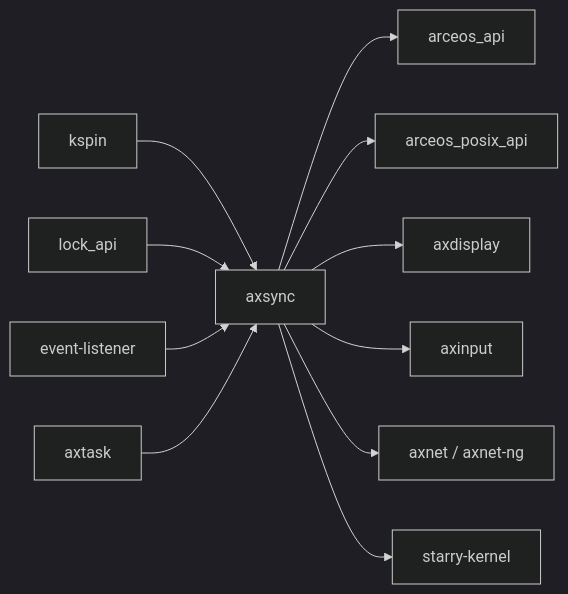
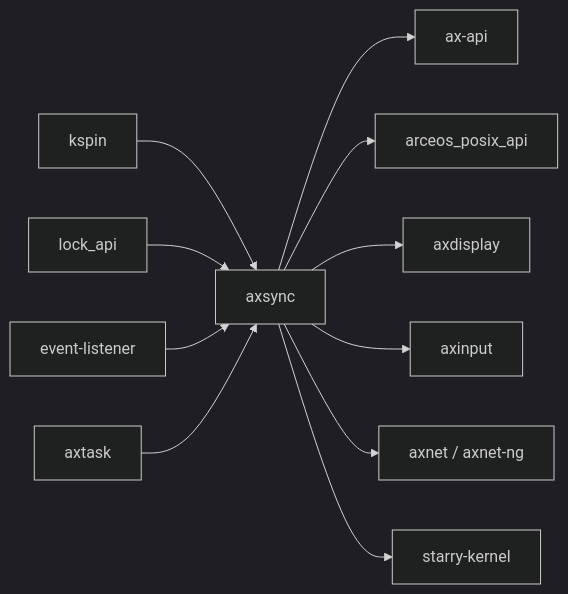
The second of 2 diagrams in docs/crates/axsync.md (zKurisu/tgoskits), drawn with Mermaid (dark theme) before and after one commit. The commit also changed other lines of this file and 61 other files, not shown here.

Commit message:
rename arceos_api to ax-api

````diff
--- a/docs/crates/axsync.md
+++ b/docs/crates/axsync.md
@@ -109,14 +109,14 @@
 ```mermaid
 graph LR
     kspin["kspin"] --> axsync["axsync"]
     lock_api["lock_api"] --> axsync
     event_listener["event-listener"] --> axsync
     axtask["axtask"] --> axsync
 
-    axsync --> arceos_api["arceos_api"]
+    axsync --> ax-api["ax-api"]
     axsync --> arceos_posix_api["arceos_posix_api"]
     axsync --> axdisplay["axdisplay"]
     axsync --> axinput["axinput"]
     axsync --> axnet["axnet / axnet-ng"]
     axsync --> starry_kernel["starry-kernel"]
 ```
````
